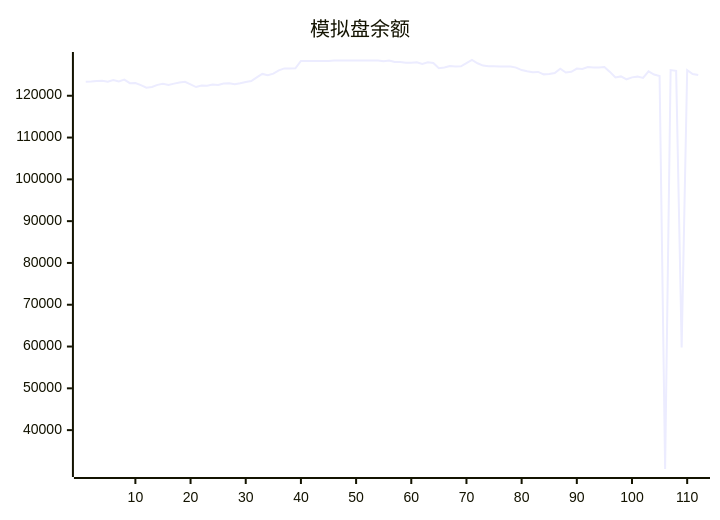
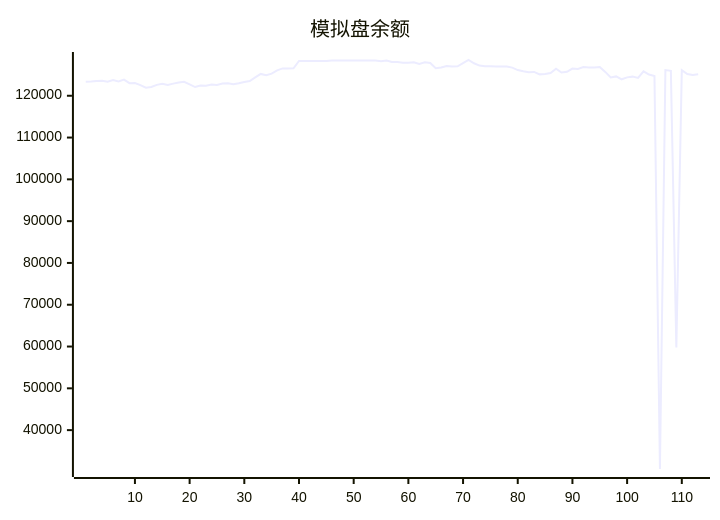
One commit to aahl/ai-trading changed the diagram in README.md. Above: the diagram before and after it, drawn with Mermaid. The commit also changed other lines of this file and 1 other file, not shown here.

````diff
--- a/README.md
+++ b/README.md
@@ -5,5 +5,5 @@
 ```mermaid
 xychart
     title "模拟盘余额"
-    line [123338,123402,123530,123592,123378,123745,123413,123853,123009,123040,122557,121938,122095,122599,122856,122597,122898,123160,123319,122719,122087,122454,122416,122685,122592,122907,122961,122776,122981,123295,123507,124403,125224,124894,125303,126088,126544,126534,126549,128335,128318,128318,128318,128318,128318,128424,128424,128424,128424,128424,128424,128424,128424,128424,128247,128412,128062,128087,127917,127901,128026,127611,128000,127850,126572,126770,127100,126971,127029,127783,128554,127765,127224,127064,127044,127009,127025,127004,126738,126152,125871,125635,125707,125117,125217,125420,126480,125545,125715,126511,126424,126856,126764,126788,126890,125710,124381,124632,123936,124402,124574,124256,125833,125070,124739,30700,126154,125966,59800,126145,125213,124943]
+    line [123338,123402,123530,123592,123378,123745,123413,123853,123009,123040,122557,121938,122095,122599,122856,122597,122898,123160,123319,122719,122087,122454,122416,122685,122592,122907,122961,122776,122981,123295,123507,124403,125224,124894,125303,126088,126544,126534,126549,128335,128318,128318,128318,128318,128318,128424,128424,128424,128424,128424,128424,128424,128424,128424,128247,128412,128062,128087,127917,127901,128026,127611,128000,127850,126572,126770,127100,126971,127029,127783,128554,127765,127224,127064,127044,127009,127025,127004,126738,126152,125871,125635,125707,125117,125217,125420,126480,125545,125715,126511,126424,126856,126764,126788,126890,125710,124381,124632,123936,124402,124574,124256,125833,125070,124739,30700,126154,125966,59800,126145,125213,124943,125143]
 ```
````
